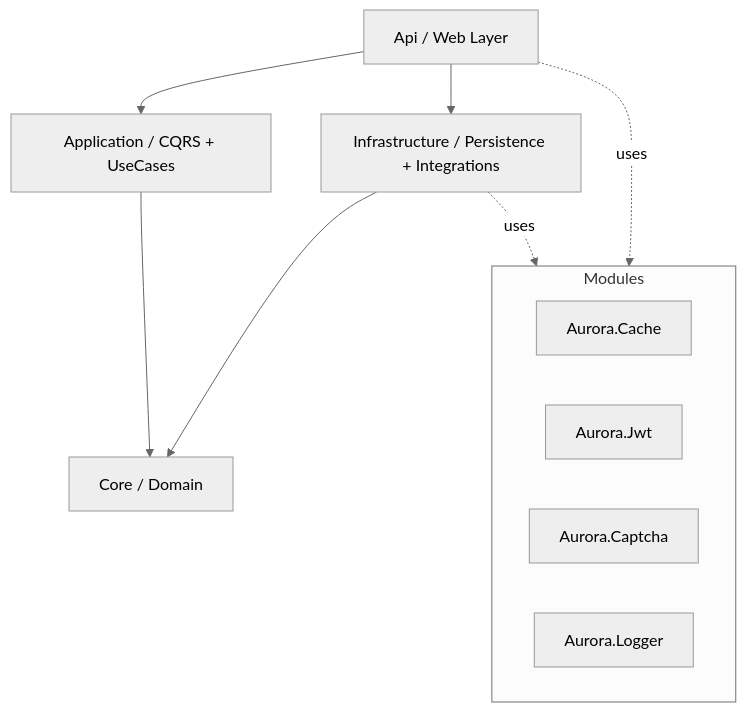
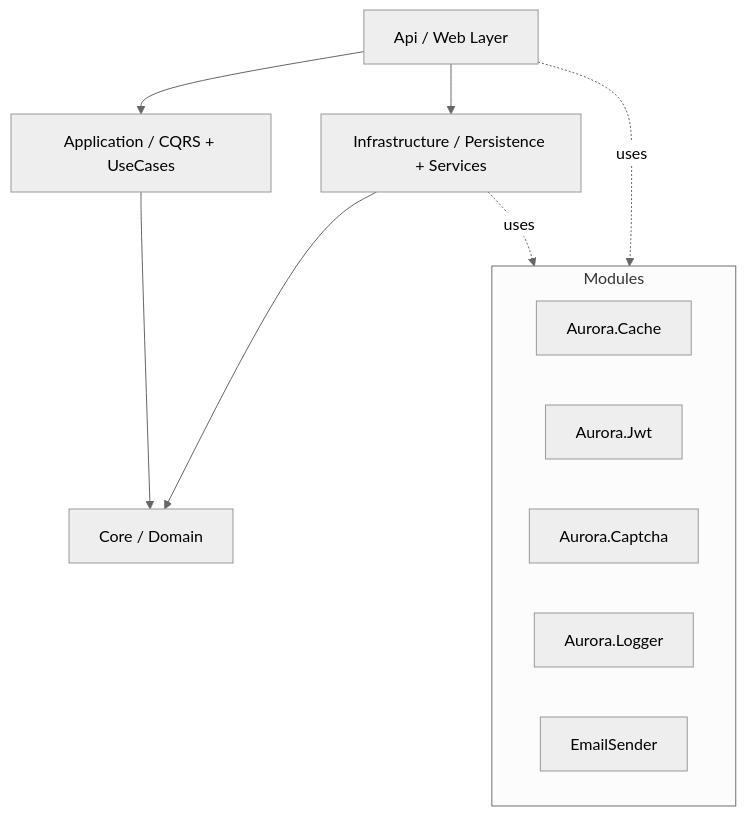
Before and after one commit to Rezakp3/AuroraBase: the first of 2 diagrams in README.md, drawn with Mermaid (neutral theme). The commit also changed other lines of this file, not shown here.

````diff
--- a/README.md
+++ b/README.md
@@ -51,17 +71,18 @@
 ```mermaid
 graph TD
     Api[Api / Web Layer] --> Application[Application / CQRS + UseCases]
     Application --> Core[Core / Domain]
-    Infrastructure[Infrastructure / Persistence + Integrations] --> Core
+    Infrastructure[Infrastructure / Persistence + Services] --> Core
     Api --> Infrastructure
 
     subgraph Modules
       Cache[Aurora.Cache]
       Jwt[Aurora.Jwt]
       Captcha[Aurora.Captcha]
       Logger[Aurora.Logger]
+      Email[EmailSender]
     end
 
     Api -. uses .-> Modules
     Infrastructure -. uses .-> Modules
 ```
````
